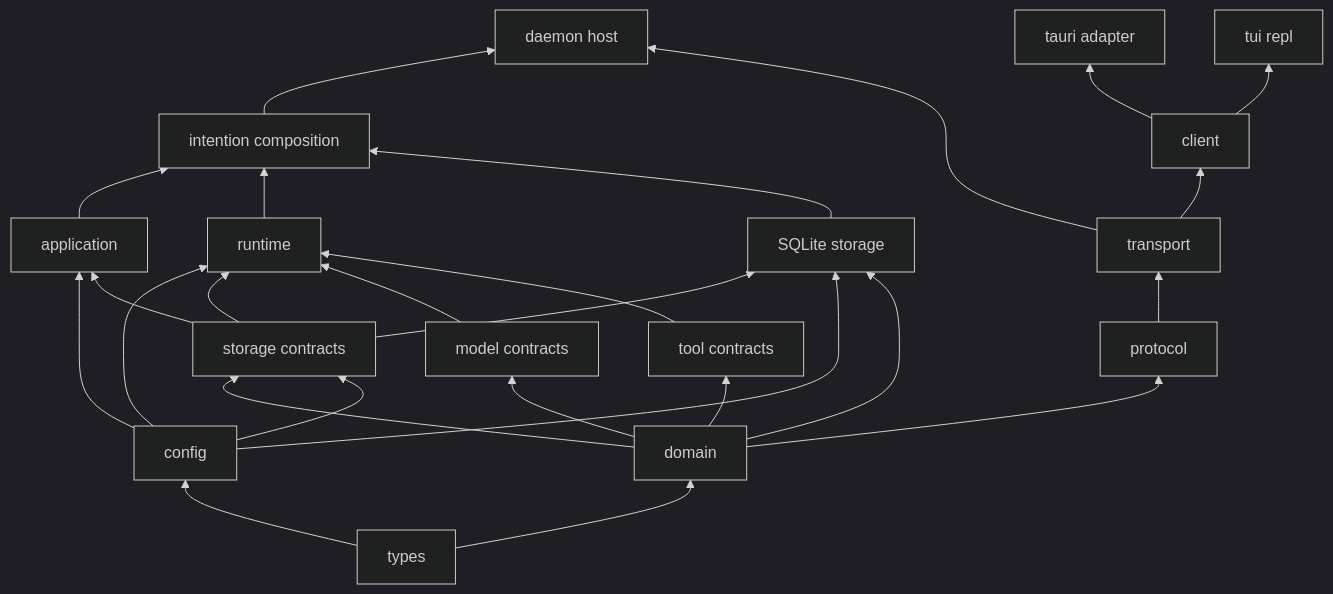
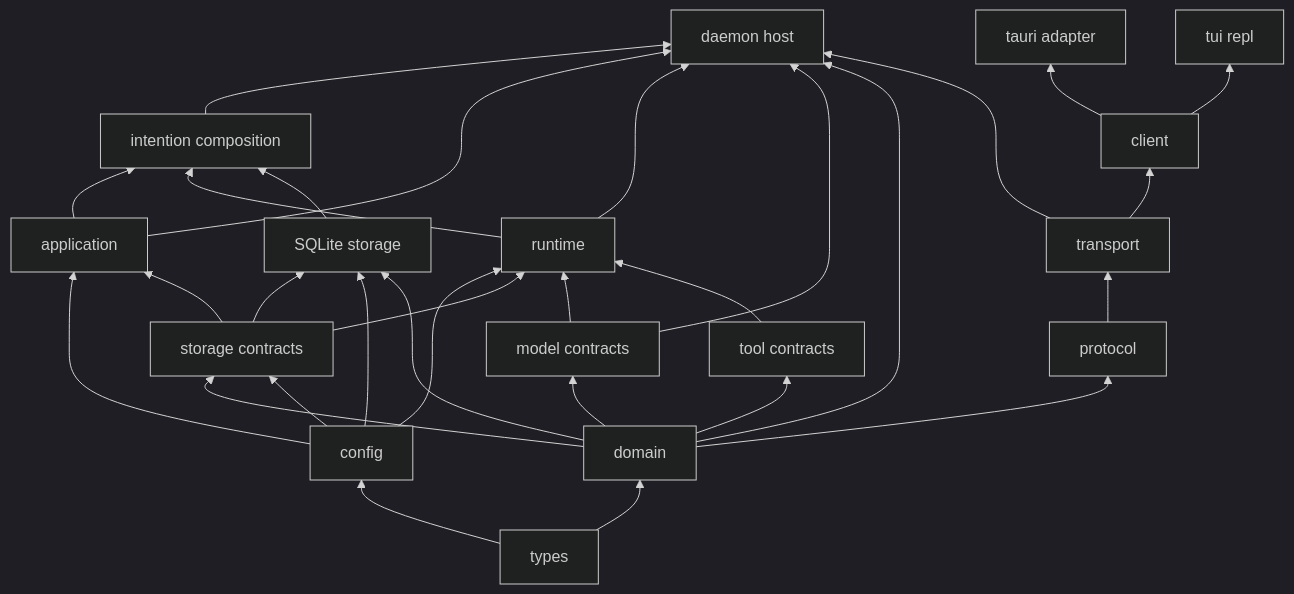
Before and after one commit to y0tsy/intention-relay: the diagram in docs/intention-relay/architecture/01-workspace-and-crate-map.md, drawn with Mermaid (dark theme). The commit also changed other lines of this file and 6 other files, not shown here.

````diff
--- a/docs/intention-relay/architecture/01-workspace-and-crate-map.md
+++ b/docs/intention-relay/architecture/01-workspace-and-crate-map.md
@@ -49,28 +50,32 @@
 ```mermaid
 flowchart BT
   TY[types] --> DO[domain]
   TY --> CF[config]
   DO --> ST[storage contracts]
   CF --> ST
   DO --> MO[model contracts]
   DO --> TL[tool contracts]
   DO --> PR[protocol]
   CF --> AP[application]
   CF --> RT[runtime]
   ST --> AP
   ST --> RT
   MO --> RT
   TL --> RT
   ST --> SQ[SQLite storage]
   CF --> SQ
   DO --> SQ
   AP --> IN[intention composition]
   RT --> IN
   SQ --> IN
   IN --> DH[daemon host]
+  AP --> DH
+  RT --> DH
+  MO --> DH
+  DO --> DH
   PR --> TR[transport]
   TR --> DH
   TR --> CL[client]
   CL --> TA[tauri adapter]
   CL --> TU[tui repl]
 ```
````
